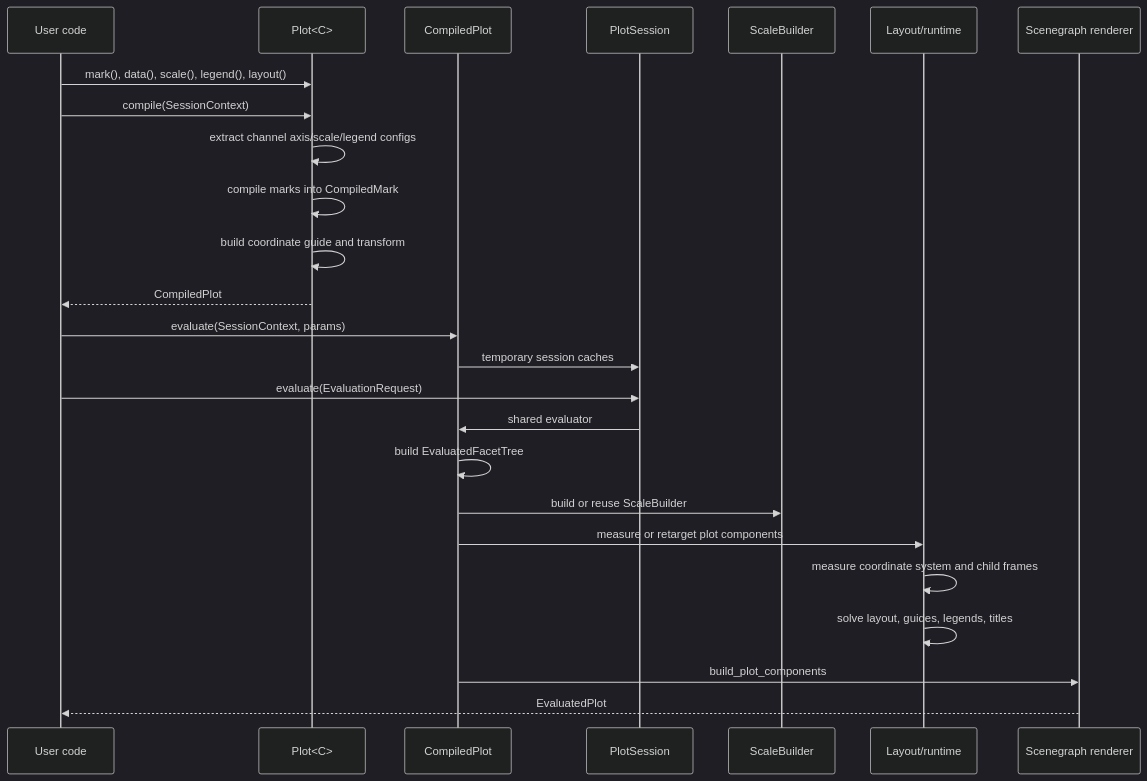
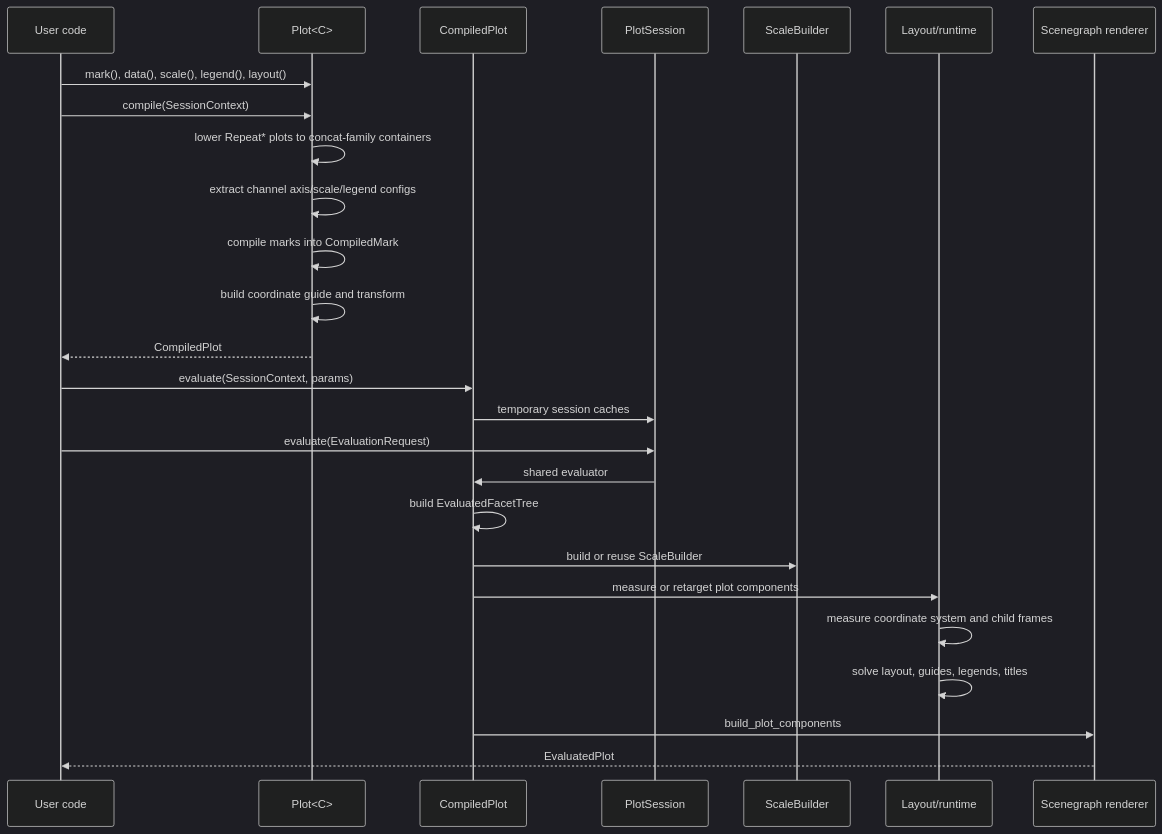
Before and after one commit to jonmmease/avenger: the diagram in avenger-chart/docs/architecture/compile-evaluate-render-pipeline.md, drawn with Mermaid (dark theme). The commit also changed other lines of this file and 13 other files, not shown here.

Commit message:
stage 12: update repeat architecture docs

````diff
--- a/avenger-chart/docs/architecture/compile-evaluate-render-pipeline.md
+++ b/avenger-chart/docs/architecture/compile-evaluate-render-pipeline.md
@@ -16,28 +16,29 @@
 ```mermaid
 sequenceDiagram
     participant User as User code
     participant Plot as Plot<C>
     participant Compiled as CompiledPlot
     participant Session as PlotSession
     participant Scales as ScaleBuilder
     participant Layout as Layout/runtime
     participant Render as Scenegraph renderer
 
     User->>Plot: mark(), data(), scale(), legend(), layout()
     User->>Plot: compile(SessionContext)
+    Plot->>Plot: lower Repeat* plots to concat-family containers
     Plot->>Plot: extract channel axis/scale/legend configs
     Plot->>Plot: compile marks into CompiledMark
     Plot->>Plot: build coordinate guide and transform
     Plot-->>User: CompiledPlot
     User->>Compiled: evaluate(SessionContext, params)
     Compiled->>Session: temporary session caches
     User->>Session: evaluate(EvaluationRequest)
     Session->>Compiled: shared evaluator
     Compiled->>Compiled: build EvaluatedFacetTree
     Compiled->>Scales: build or reuse ScaleBuilder
     Compiled->>Layout: measure or retarget plot components
     Layout->>Layout: measure coordinate system and child frames
     Layout->>Layout: solve layout, guides, legends, titles
     Compiled->>Render: build_plot_components
     Render-->>User: EvaluatedPlot
 ```
````
